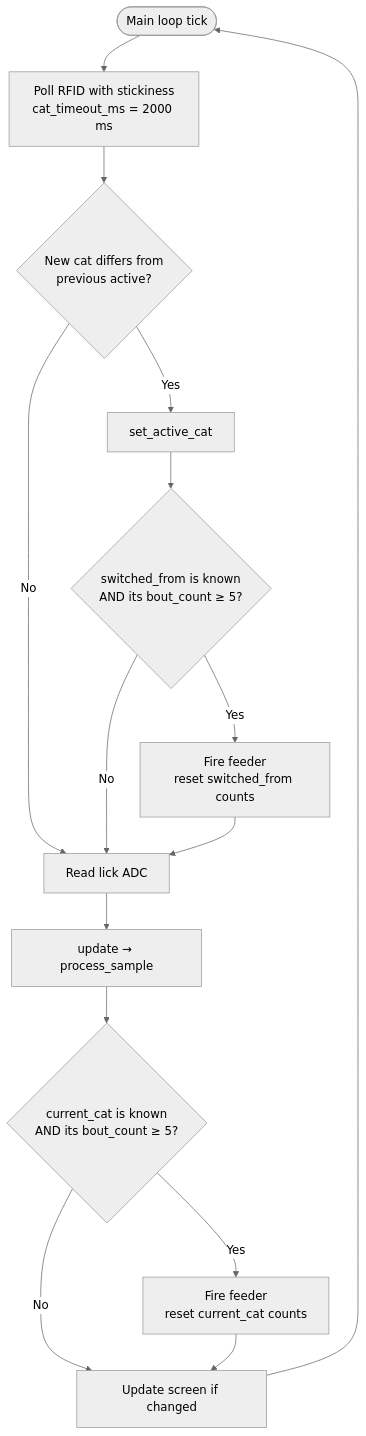
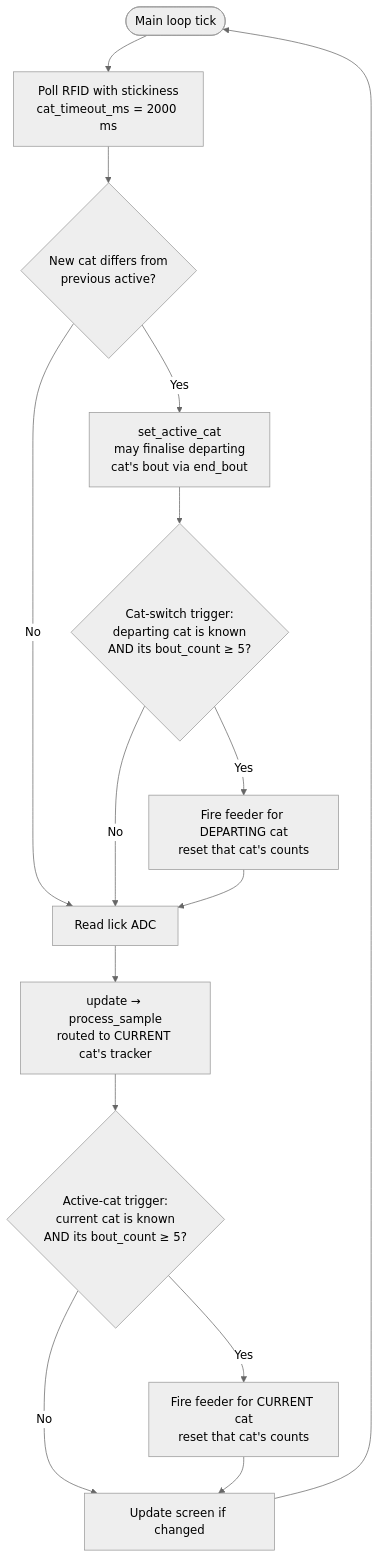
One commit to dvanderelst/Hydrapurr changed the first of 3 diagrams in runtime_flow.md. Above: the diagram before and after it, drawn with Mermaid (neutral theme). The commit also changed other lines of this file, not shown here.

Commit message:
updated diagram

````diff
--- a/runtime_flow.md
+++ b/runtime_flow.md
@@ -29,17 +29,17 @@
 ```mermaid
 flowchart TD
     Start([Main loop tick]) --> Poll[Poll RFID with stickiness<br/>cat_timeout_ms = 2000 ms]
     Poll --> CatChanged{New cat differs from<br/>previous active?}
     CatChanged -->|No| ReadLick
-    CatChanged -->|Yes| SetActive[set_active_cat]
-    SetActive --> SwitchDeploy{switched_from is known<br/>AND its bout_count ≥ 5?}
-    SwitchDeploy -->|Yes| Feed1[Fire feeder<br/>reset switched_from counts]
+    CatChanged -->|Yes| SetActive[set_active_cat<br/>may finalise departing<br/>cat's bout via end_bout]
+    SetActive --> SwitchDeploy{Cat-switch trigger:<br/>departing cat is known<br/>AND its bout_count ≥ 5?}
+    SwitchDeploy -->|Yes| Feed1[Fire feeder for DEPARTING cat<br/>reset that cat's counts]
     SwitchDeploy -->|No| ReadLick
     Feed1 --> ReadLick[Read lick ADC]
-    ReadLick --> Process[update → process_sample]
-    Process --> ActiveDeploy{current_cat is known<br/>AND its bout_count ≥ 5?}
-    ActiveDeploy -->|Yes| Feed2[Fire feeder<br/>reset current_cat counts]
+    ReadLick --> Process[update → process_sample<br/>routed to CURRENT cat's tracker]
+    Process --> ActiveDeploy{Active-cat trigger:<br/>current cat is known<br/>AND its bout_count ≥ 5?}
+    ActiveDeploy -->|Yes| Feed2[Fire feeder for CURRENT cat<br/>reset that cat's counts]
     ActiveDeploy -->|No| Screen[Update screen if changed]
     Feed2 --> Screen
     Screen --> Start
 ```
````
